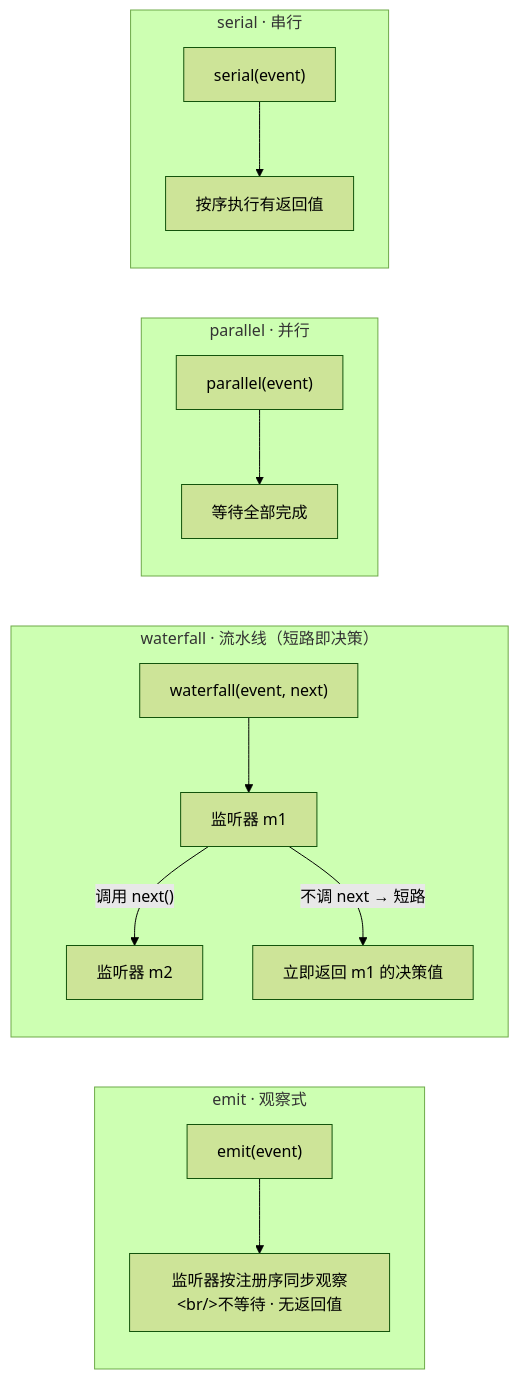
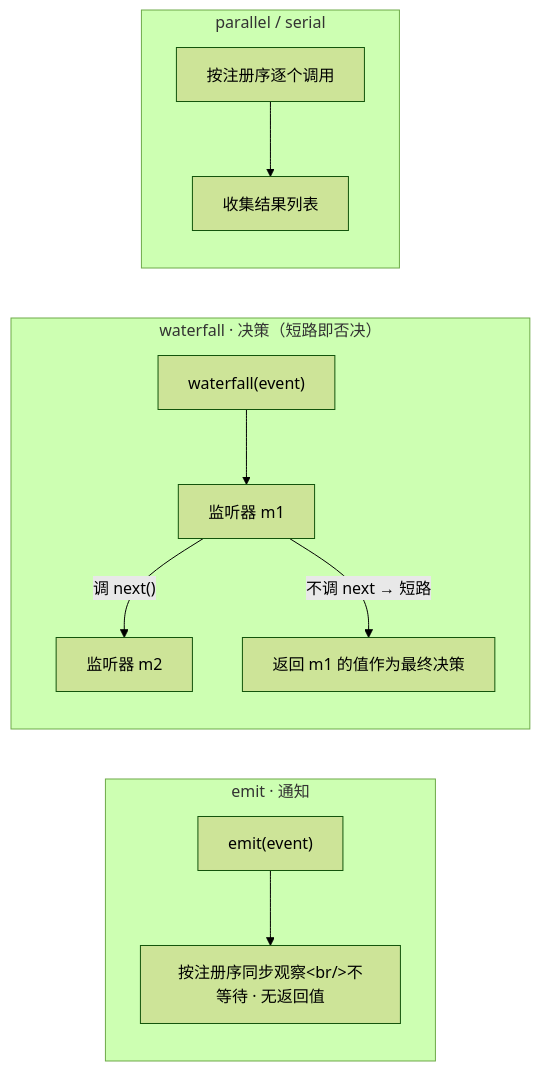
Before and after one commit to ZZKeepCurious/mini-deepseek-harness-python: the diagram in docs/chapters/02-plugin-context-and-event-bus.md, drawn with Mermaid (forest theme). The commit also changed other lines of this file and 27 other files, not shown here.

````diff
--- a/docs/chapters/02-plugin-context-and-event-bus.md
+++ b/docs/chapters/02-plugin-context-and-event-bus.md
@@ -22,17 +58,14 @@
 ```mermaid
 flowchart LR
-  subgraph EM["emit · 观察式"]
-    e1["emit(event)"] --> e2["监听器按注册序同步观察&lt;br/&gt;不等待 · 无返回值"]
+  subgraph EM["emit · 通知"]
+    e1["emit(event)"] --> e2["按注册序同步观察&lt;br/&gt;不等待 · 无返回值"]
   end
-  subgraph WF["waterfall · 流水线（短路即决策）"]
-    w1["waterfall(event, next)"] --> w2["监听器 m1"]
-    w2 -->|"调用 next()"| w3["监听器 m2"]
-    w2 -->|"不调 next → 短路"| w4["立即返回 m1 的决策值"]
+  subgraph WF["waterfall · 决策（短路即否决）"]
+    w1["waterfall(event)"] --> w2["监听器 m1"]
+    w2 -->|"调 next()"| w3["监听器 m2"]
+    w2 -->|"不调 next → 短路"| w4["返回 m1 的值作为最终决策"]
   end
-  subgraph PA["parallel · 并行"]
-    p1["parallel(event)"] --> p2["等待全部完成"]
-  end
-  subgraph SE["serial · 串行"]
-    s1["serial(event)"] --> s2["按序执行有返回值"]
+  subgraph PA["parallel / serial"]
+    p1["按注册序逐个调用"] --> p2["收集结果列表"]
   end
 ```
````
